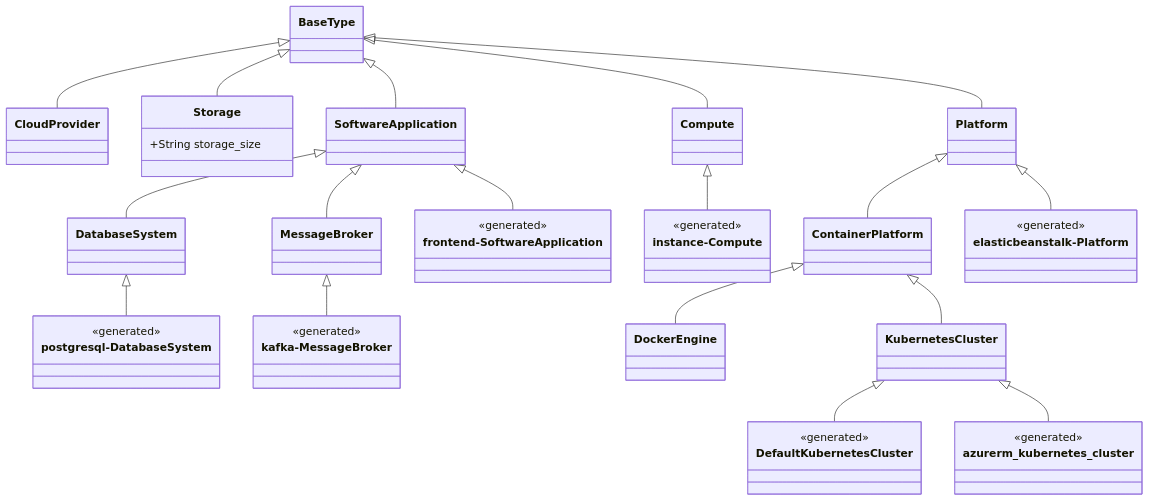
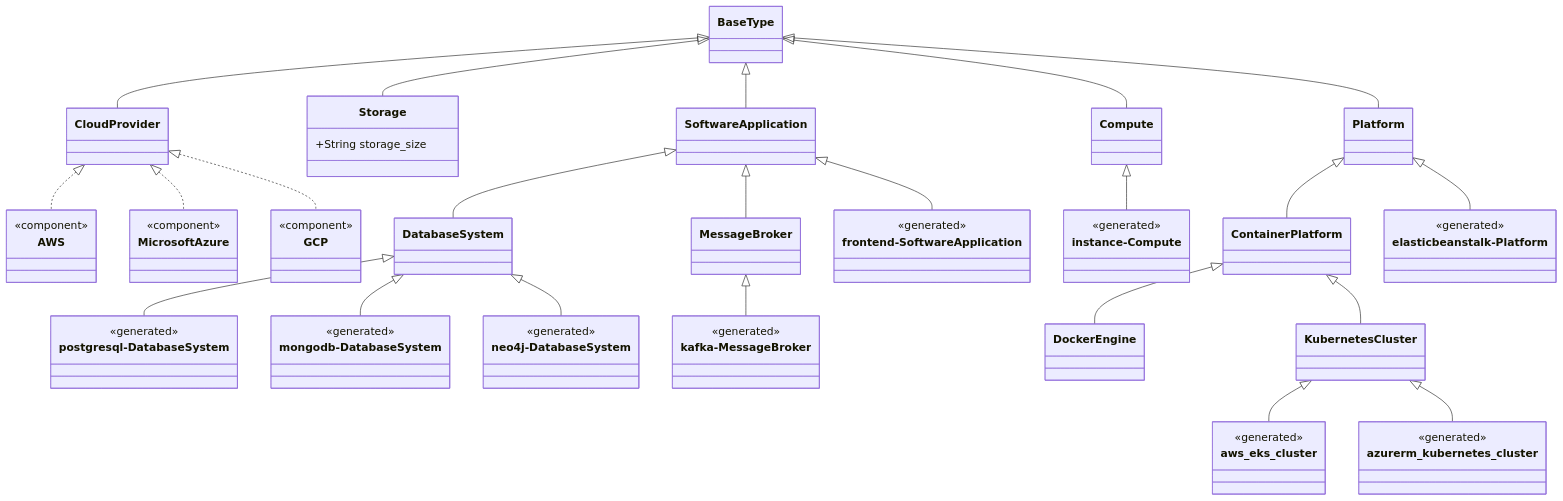
Before and after one commit to UST-DeMAF/demaf-type-definitions: the first of 3 diagrams in README.md, drawn with Mermaid. The commit also changed other lines of this file, not shown here.

Commit message:
Extend the examples and relations in the README diagrams
The component type diagram shows the cloud provider components, an EKS
cluster instead of the default cluster, and MongoDB and Neo4j as
non-relational database systems. The relation diagram adds hosting on the
cloud provider for software and storage, and storage attached to machines.

````diff
--- a/README.md
+++ b/README.md
@@ -30,51 +30,68 @@
 ```mermaid
 classDiagram
     direction TB
     class BaseType
     class CloudProvider
     class Storage {
         +String storage_size
     }
     class SoftwareApplication
     class DatabaseSystem
     class MessageBroker
     class Compute
     class Platform
     class ContainerPlatform
     class DockerEngine
     class KubernetesCluster
 
+    class AWS
+    class MicrosoftAzure
+    class GCP
+    <<component>> AWS
+    <<component>> MicrosoftAzure
+    <<component>> GCP
+
     class frontend_SoftwareApplication["frontend-SoftwareApplication"]
     class postgresql_DatabaseSystem["postgresql-DatabaseSystem"]
+    class mongodb_DatabaseSystem["mongodb-DatabaseSystem"]
+    class neo4j_DatabaseSystem["neo4j-DatabaseSystem"]
     class kafka_MessageBroker["kafka-MessageBroker"]
     class instance_Compute["instance-Compute"]
     class elasticbeanstalk_Platform["elasticbeanstalk-Platform"]
-    class DefaultKubernetesCluster
+    class aws_eks_cluster
     class azurerm_kubernetes_cluster
     <<generated>> frontend_SoftwareApplication
     <<generated>> postgresql_DatabaseSystem
+    <<generated>> mongodb_DatabaseSystem
+    <<generated>> neo4j_DatabaseSystem
     <<generated>> kafka_MessageBroker
     <<generated>> instance_Compute
     <<generated>> elasticbeanstalk_Platform
-    <<generated>> DefaultKubernetesCluster
+    <<generated>> aws_eks_cluster
     <<generated>> azurerm_kubernetes_cluster
 
     BaseType <|-- CloudProvider
     BaseType <|-- Storage
     BaseType <|-- SoftwareApplication
     BaseType <|-- Compute
     BaseType <|-- Platform
     SoftwareApplication <|-- DatabaseSystem
     SoftwareApplication <|-- MessageBroker
     Platform <|-- ContainerPlatform
     ContainerPlatform <|-- DockerEngine
     ContainerPlatform <|-- KubernetesCluster
 
+    CloudProvider <|.. AWS
+    CloudProvider <|.. MicrosoftAzure
+    CloudProvider <|.. GCP
+
     SoftwareApplication <|-- frontend_SoftwareApplication
     DatabaseSystem <|-- postgresql_DatabaseSystem
+    DatabaseSystem <|-- mongodb_DatabaseSystem
+    DatabaseSystem <|-- neo4j_DatabaseSystem
     MessageBroker <|-- kafka_MessageBroker
     Compute <|-- instance_Compute
     Platform <|-- elasticbeanstalk_Platform
-    KubernetesCluster <|-- DefaultKubernetesCluster
+    KubernetesCluster <|-- aws_eks_cluster
     KubernetesCluster <|-- azurerm_kubernetes_cluster
 ```
````
